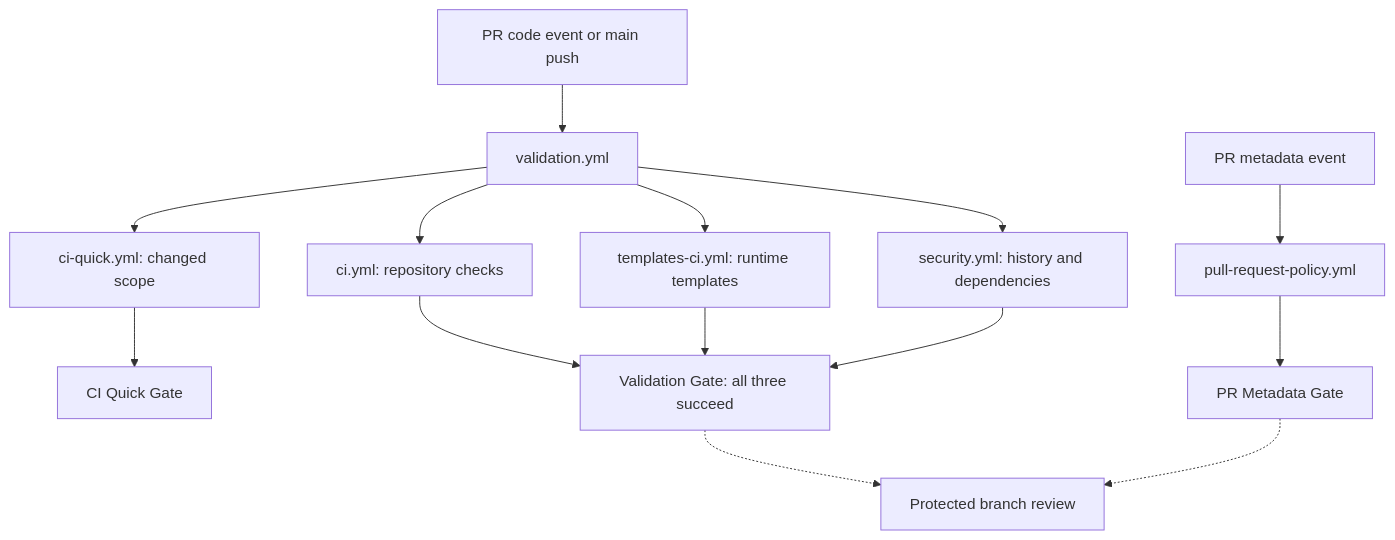
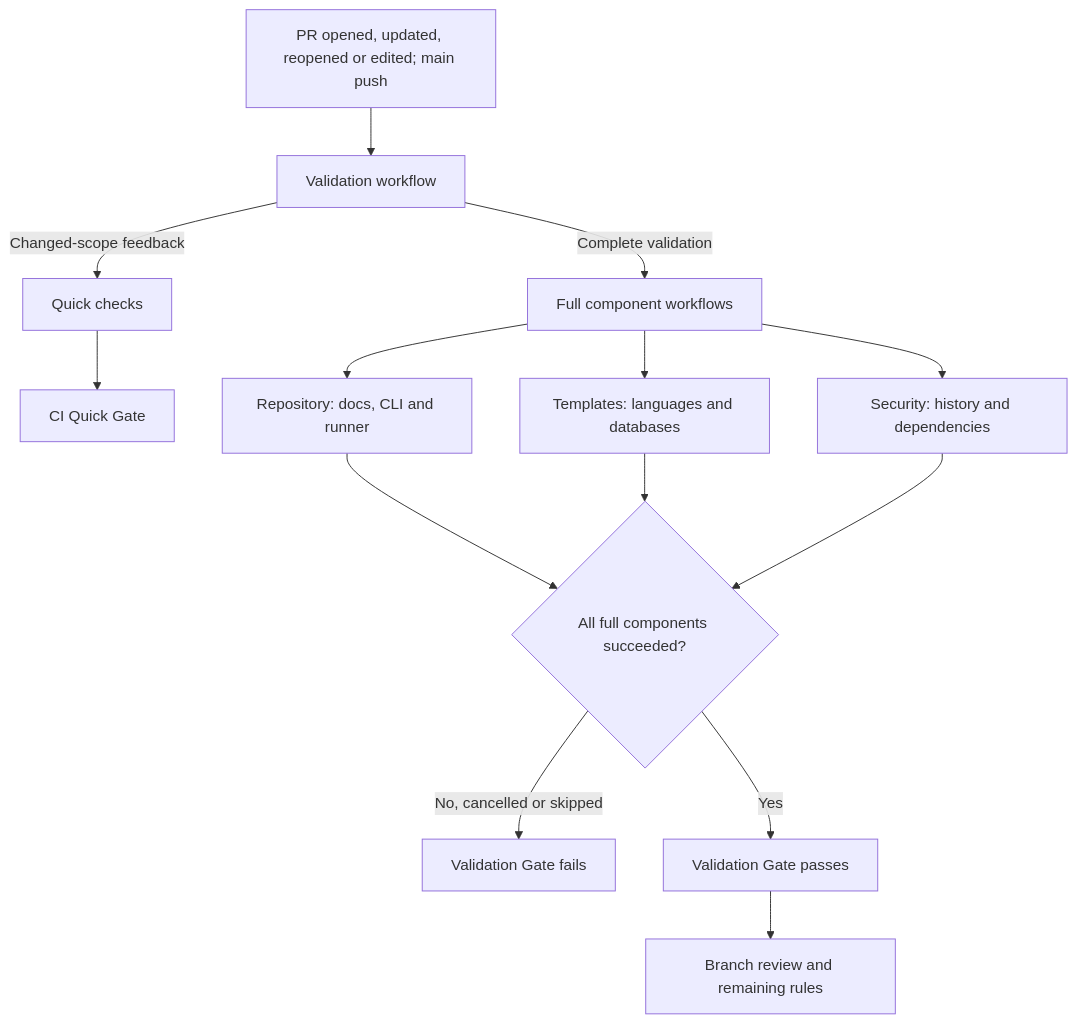
One commit to Soku-JINSEOK/Soku-Convention-Boilerplate changed the diagram in docs/standards/CICD_STANDARDS.md. Above: the diagram before and after it, drawn with Mermaid. The commit also changed other lines of this file and 118 other files, not shown here.

First line of the commit message:
📚 docs(readability): explain every document and expand flow diagrams

````diff
--- a/docs/standards/CICD_STANDARDS.md
+++ b/docs/standards/CICD_STANDARDS.md
@@ -7,16 +11,16 @@
 ```mermaid
 flowchart TD
-  eventNode["PR code event or main push"] --> validation["validation.yml"]
-  validation --> quick["ci-quick.yml: changed scope"]
+  eventNode["PR opened, updated, reopened or edited; main push"] --> validation["Validation workflow"]
+  validation -->|"Changed-scope feedback"| quick["Quick checks"]
   quick --> quickGate["CI Quick Gate"]
-  validation --> repoChecks["ci.yml: repository checks"]
-  validation --> templateChecks["templates-ci.yml: runtime templates"]
-  validation --> securityChecks["security.yml: history and dependencies"]
-  repoChecks --> fullGate["Validation Gate: all three succeed"]
-  templateChecks --> fullGate
-  securityChecks --> fullGate
-  prEvent["PR metadata event"] --> policy["pull-request-policy.yml"]
-  policy --> metadata["PR Metadata Gate"]
-  fullGate -.-> review["Protected branch review"]
-  metadata -.-> review
+  validation -->|"Complete validation"| full["Full component workflows"]
+  full --> repo["Repository: docs, CLI and runner"]
+  full --> stacks["Templates: languages and databases"]
+  full --> security["Security: history and dependencies"]
+  repo --> result{"All full components succeeded?"}
+  stacks --> result
+  security --> result
+  result -->|"No, cancelled or skipped"| failNode["Validation Gate fails"]
+  result -->|"Yes"| passNode["Validation Gate passes"]
+  passNode --> review["Branch review and remaining rules"]
 ```
````
